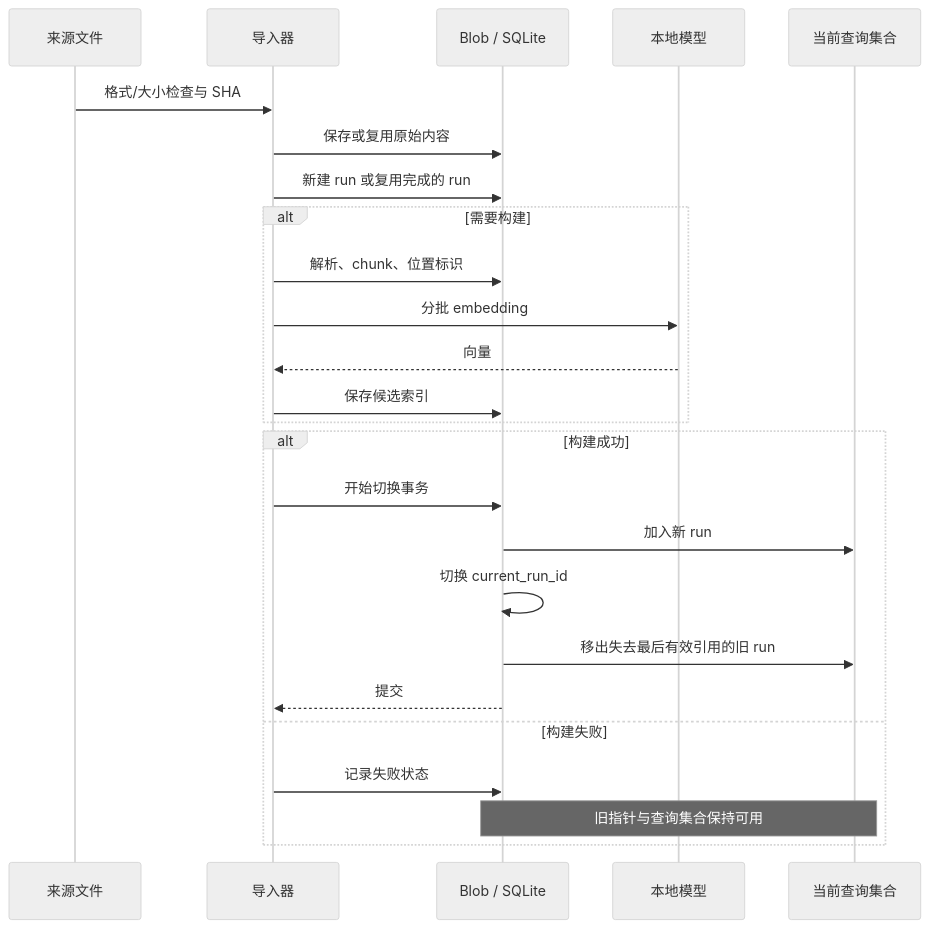
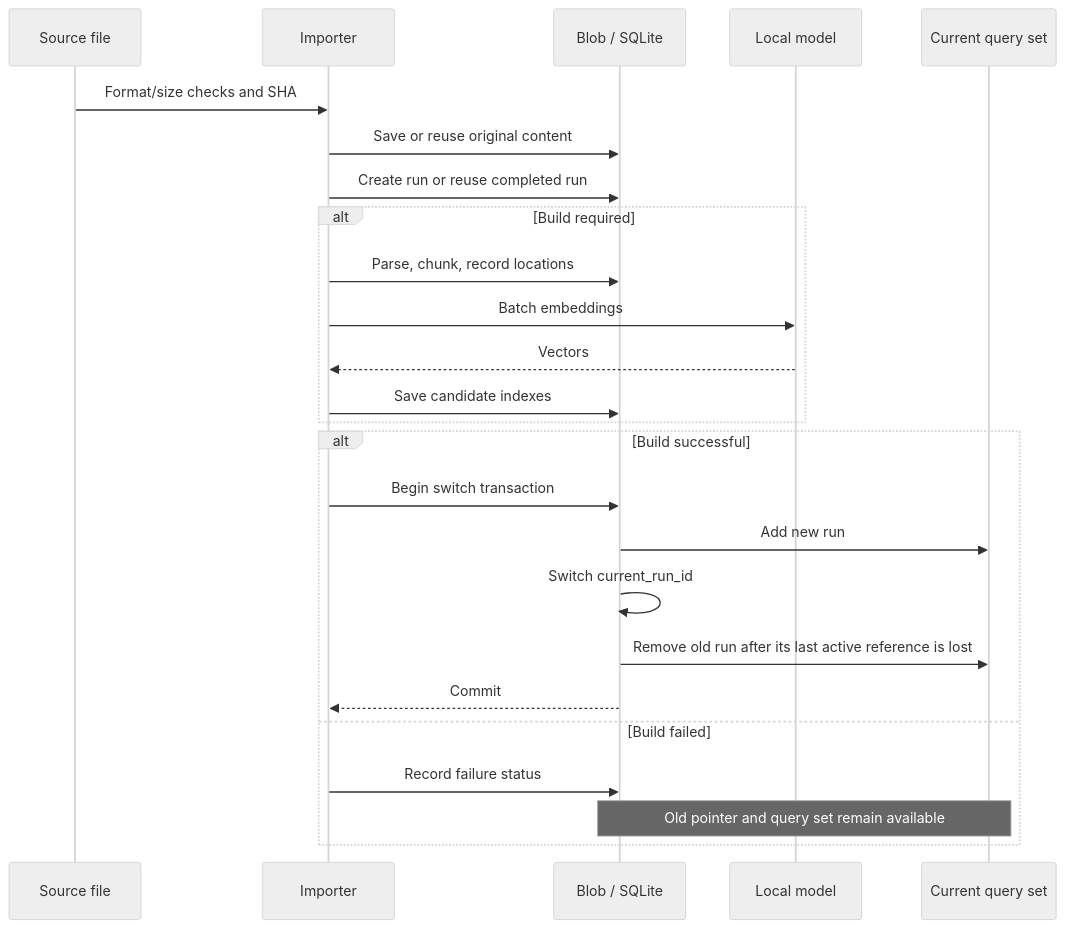
The third of 3 diagrams in README.md (DanWangDev/family-data-rag), drawn with Mermaid (neutral theme) before and after one commit. The commit also changed other lines of this file and 1 other file, not shown here.

Commit message:
docs: add English README and Chinese language switch

````diff
--- a/README.md
+++ b/README.md
@@ -86,27 +88,27 @@
 ```mermaid
 sequenceDiagram
-    participant SRC as 来源文件
-    participant ING as 导入器
+    participant SRC as Source file
+    participant ING as Importer
     participant STORE as Blob / SQLite
-    participant OLL as 本地模型
-    participant LIVE as 当前查询集合
-    SRC->>ING: 格式/大小检查与 SHA
-    ING->>STORE: 保存或复用原始内容
-    ING->>STORE: 新建 run 或复用完成的 run
-    alt 需要构建
-        ING->>STORE: 解析、chunk、位置标识
-        ING->>OLL: 分批 embedding
-        OLL-->>ING: 向量
-        ING->>STORE: 保存候选索引
+    participant OLL as Local model
+    participant LIVE as Current query set
+    SRC->>ING: Format/size checks and SHA
+    ING->>STORE: Save or reuse original content
+    ING->>STORE: Create run or reuse completed run
+    alt Build required
+        ING->>STORE: Parse, chunk, record locations
+        ING->>OLL: Batch embeddings
+        OLL-->>ING: Vectors
+        ING->>STORE: Save candidate indexes
     end
-    alt 构建成功
-        ING->>STORE: 开始切换事务
-        STORE->>LIVE: 加入新 run
-        STORE->>STORE: 切换 current_run_id
-        STORE->>LIVE: 移出失去最后有效引用的旧 run
-        STORE-->>ING: 提交
-    else 构建失败
-        ING->>STORE: 记录失败状态
-        Note over STORE,LIVE: 旧指针与查询集合保持可用
+    alt Build successful
+        ING->>STORE: Begin switch transaction
+        STORE->>LIVE: Add new run
+        STORE->>STORE: Switch current_run_id
+        STORE->>LIVE: Remove old run after its last active reference is lost
+        STORE-->>ING: Commit
+    else Build failed
+        ING->>STORE: Record failure status
+        Note over STORE,LIVE: Old pointer and query set remain available
     end
 ```
````
